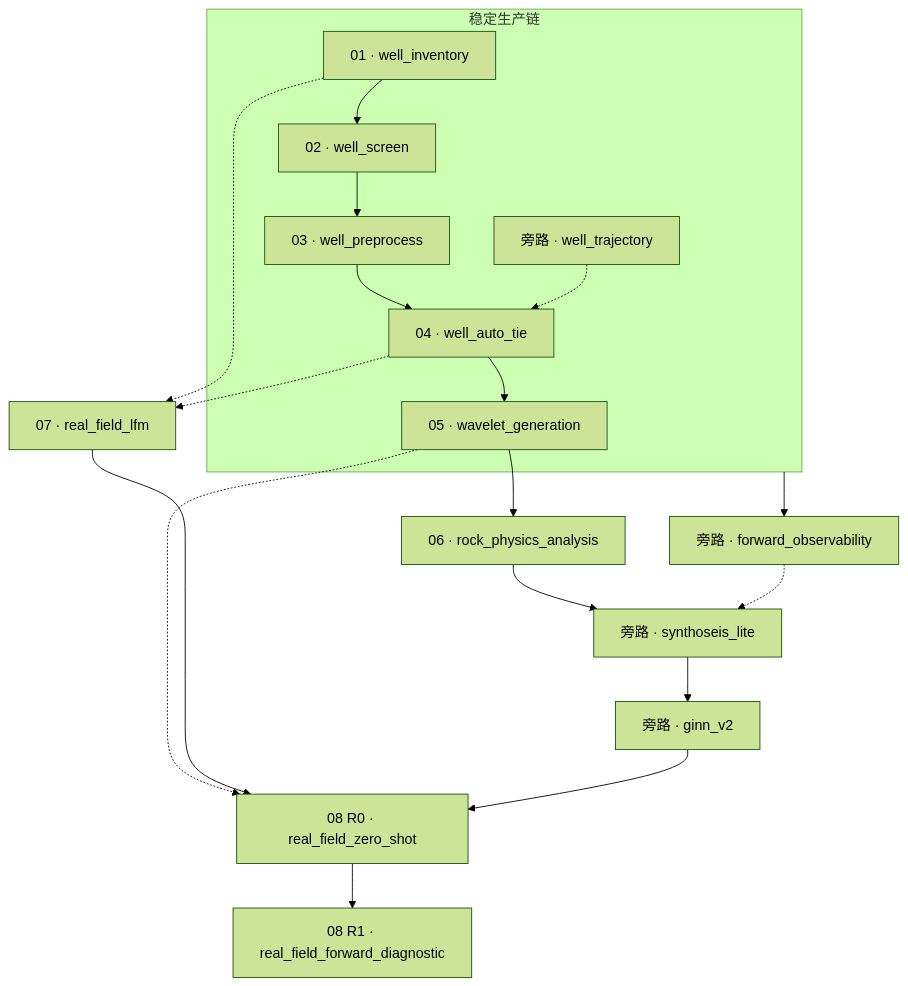
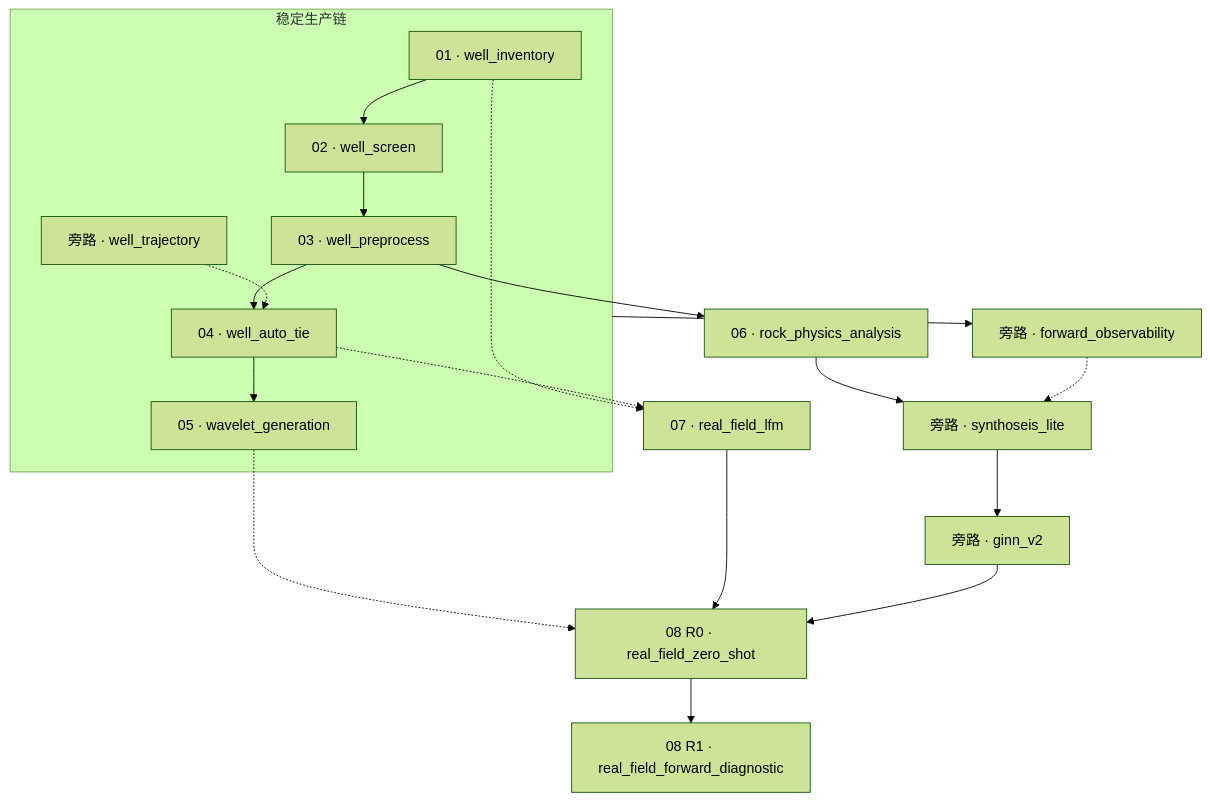
One commit to oimero/inversion_workflow changed the diagram in docs/index.md. Above: the diagram before and after it, drawn with Mermaid (forest theme). The commit also changed other lines of this file and 19 other files, not shown here.

Commit message:
rock physics

````diff
--- a/docs/index.md
+++ b/docs/index.md
@@ -3,23 +3,23 @@
 ```mermaid
 flowchart TB
     subgraph prod["稳定生产链"]
         S1["01 · well_inventory"] --> S2["02 · well_screen"] --> S3["03 · well_preprocess"] --> S4["04 · well_auto_tie"] --> S5["05 · wavelet_generation"]
         WT["旁路 · well_trajectory"] -.-> S4
     end
 
     prod --> FO["旁路 · forward_observability"]
-    S5 --> S6["06 · rock_physics_analysis"]
+    S3 --> S6["06 · rock_physics_analysis"]
 
     S1 -.-> S7["07 · real_field_lfm"]
     S4 -.-> S7
 
     S6 --> SL["旁路 · synthoseis_lite"]
     FO -.-> SL
     SL --> GV["旁路 · ginn_v2"]
 
     S5 -.-> R0["08 R0 · real_field_zero_shot"]
     S7 --> R0
     GV --> R0
 
     R0 --> R1["08 R1 · real_field_forward_diagnostic"]
 ```
````
